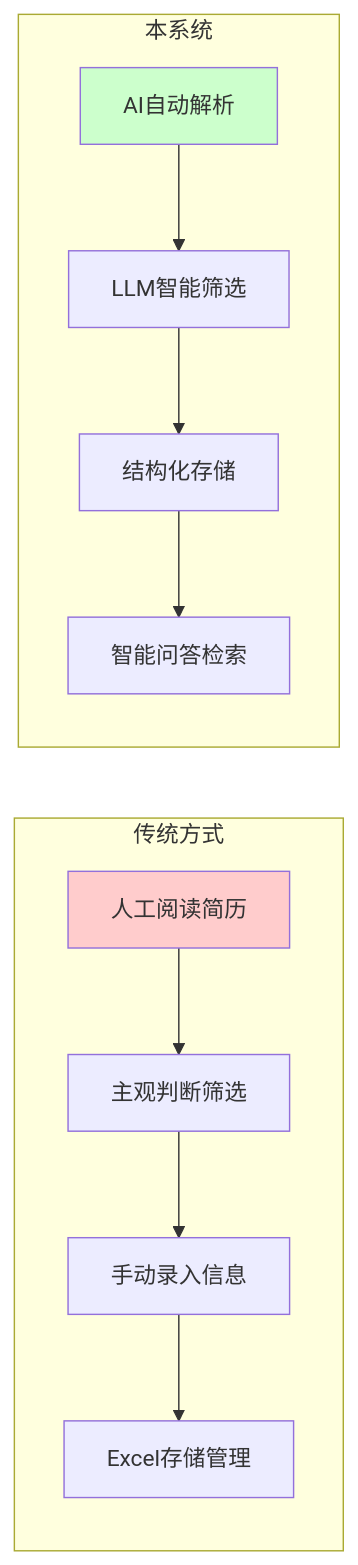
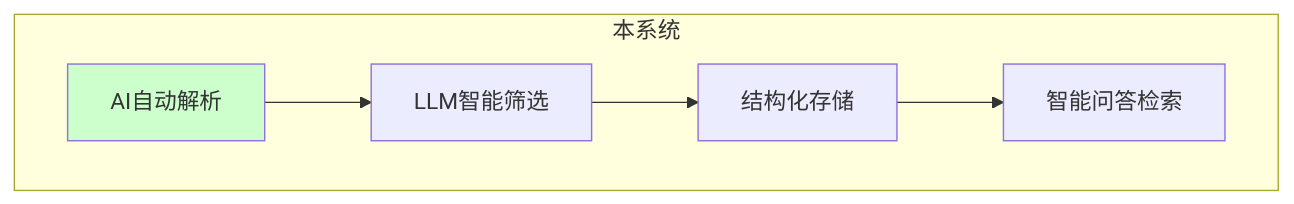
Before and after one commit to xt765/ResumeScreening: the second of 11 diagrams in README_CN.md, drawn with Mermaid. The commit also changed 1 other file, not shown here.

Commit message:
docs: 优化传统方式与本系统对比图表布局，拆分为独立代码块实现并排显示

````diff
--- a/README_CN.md
+++ b/README_CN.md
@@ -43,17 +52,9 @@
 ```mermaid
-graph LR
-    subgraph 传统方式
-        A1[人工阅读简历] --> A2[主观判断筛选]
-        A2 --> A3[手动录入信息]
-        A3 --> A4[Excel存储管理]
-    end
-    
+graph TB
     subgraph 本系统
         B1[AI自动解析] --> B2[LLM智能筛选]
         B2 --> B3[结构化存储]
         B3 --> B4[智能问答检索]
     end
-    
-    style A1 fill:#ffcccc
     style B1 fill:#ccffcc
 ```
````
